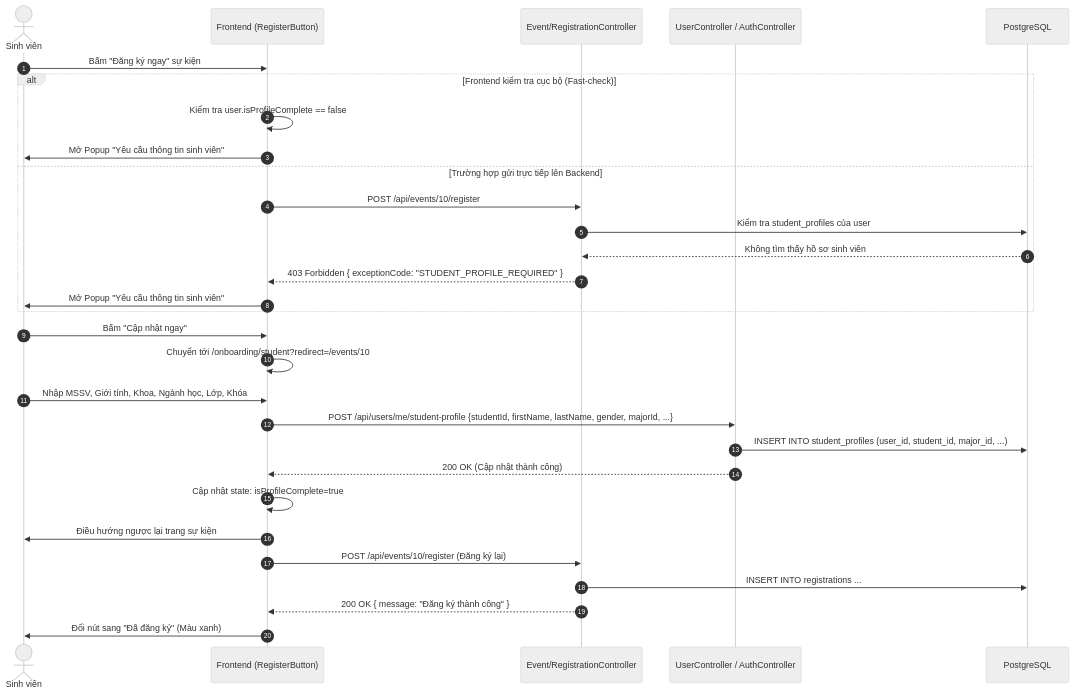
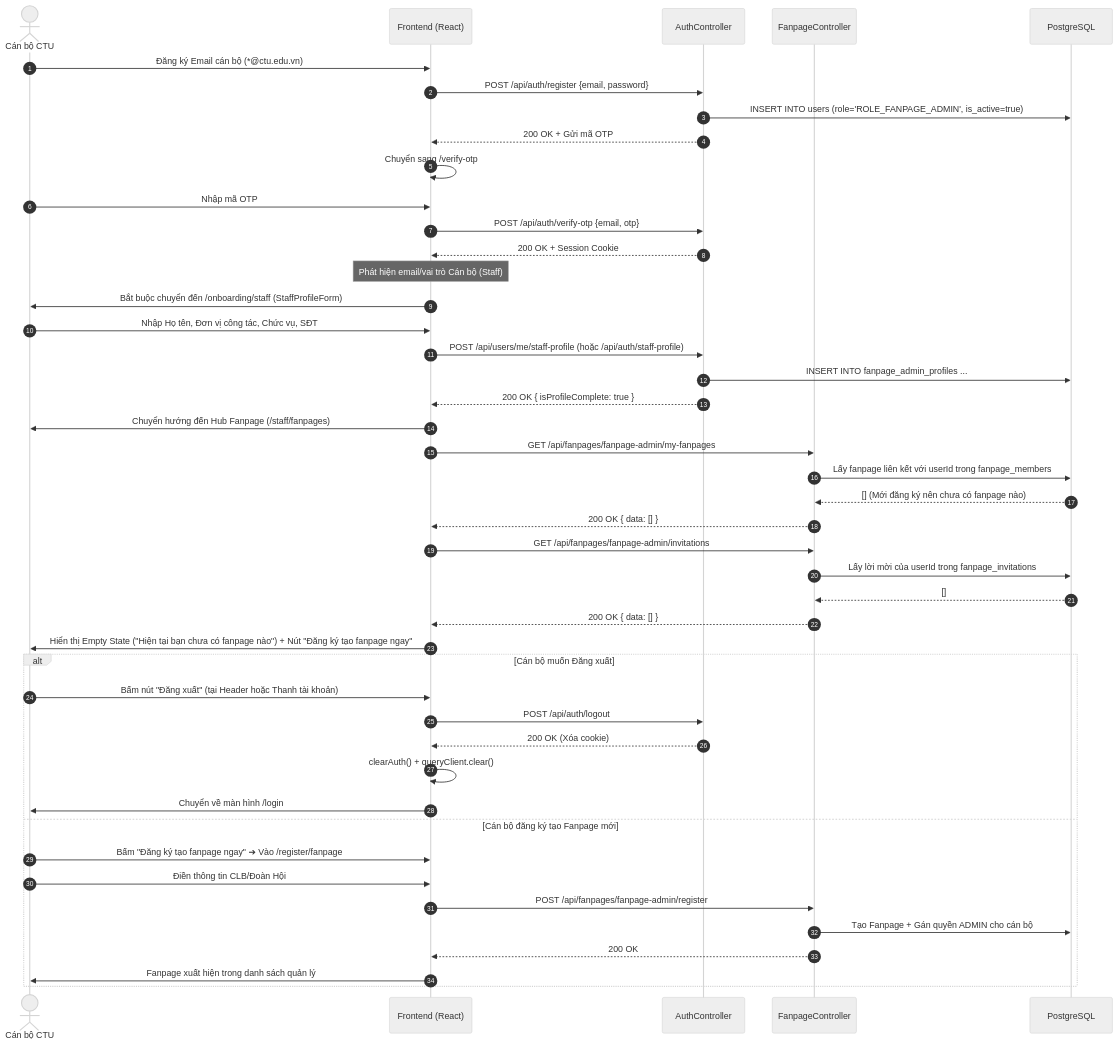
The third of 3 diagrams in docs/deferred_student_onboarding_flow.md (shrimpTVN/Event-Management-Frontend), drawn with Mermaid (neutral theme) before and after one commit. The commit also changed other lines of this file, not shown here.

Commit message:
docs: update registration and onboarding flow spec with staff fanpage hub and logout

````diff
--- a/docs/deferred_student_onboarding_flow.md
+++ b/docs/deferred_student_onboarding_flow.md
@@ -85,36 +115,55 @@
 ```mermaid
 sequenceDiagram
     autonumber
-    actor User as Sinh viên
-    participant FE as Frontend (RegisterButton)
-    participant Event as Event/RegistrationController
-    participant UserCtrl as UserController / AuthController
+    actor Staff as Cán bộ CTU
+    participant FE as Frontend (React)
+    participant AuthCtrl as AuthController
+    participant FanpageCtrl as FanpageController
     participant DB as PostgreSQL
 
-    User->>FE: Bấm "Đăng ký ngay" sự kiện #10
-    
-    alt Frontend kiểm tra cục bộ (Fast-check)
-        FE->>FE: Kiểm tra user.isProfileComplete == false
-        FE->>User: Mở Popup "Yêu cầu thông tin sinh viên"
-    else Trường hợp gửi trực tiếp lên Backend
-        FE->>Event: POST /api/events/10/register
-        Event->>DB: Kiểm tra student_profiles của user
-        DB-->>Event: Không tìm thấy hồ sơ sinh viên
-        Event-->>FE: 403 Forbidden { exceptionCode: "STUDENT_PROFILE_REQUIRED" }
-        FE->>User: Mở Popup "Yêu cầu thông tin sinh viên"
+    Staff->>FE: Đăng ký Email cán bộ (*@ctu.edu.vn)
+    FE->>AuthCtrl: POST /api/auth/register {email, password}
+    AuthCtrl->>DB: INSERT INTO users (role='ROLE_FANPAGE_ADMIN', is_active=true)
+    AuthCtrl-->>FE: 200 OK + Gửi mã OTP
+    FE->>FE: Chuyển sang /verify-otp
+
+    Staff->>FE: Nhập mã OTP
+    FE->>AuthCtrl: POST /api/auth/verify-otp {email, otp}
+    AuthCtrl-->>FE: 200 OK + Session Cookie
+    Note over FE: Phát hiện email/vai trò Cán bộ (Staff)
+    FE->>Staff: Bắt buộc chuyển đến /onboarding/staff (StaffProfileForm)
+
+    Staff->>FE: Nhập Họ tên, Đơn vị công tác, Chức vụ, SĐT
+    FE->>AuthCtrl: POST /api/users/me/staff-profile (hoặc /api/auth/staff-profile)
+    AuthCtrl->>DB: INSERT INTO fanpage_admin_profiles ...
+    AuthCtrl-->>FE: 200 OK { isProfileComplete: true }
+    FE->>Staff: Chuyển hướng đến Hub Fanpage (/staff/fanpages)
+
+    %% Tải Hub Fanpage
+    FE->>FanpageCtrl: GET /api/fanpages/fanpage-admin/my-fanpages
+    FanpageCtrl->>DB: Lấy fanpage liên kết với userId trong fanpage_members
+    DB-->>FanpageCtrl: [] (Mới đăng ký nên chưa có fanpage nào)
+    FanpageCtrl-->>FE: 200 OK { data: [] }
+
+    FE->>FanpageCtrl: GET /api/fanpages/fanpage-admin/invitations
+    FanpageCtrl->>DB: Lấy lời mời của userId trong fanpage_invitations
+    DB-->>FanpageCtrl: []
+    FanpageCtrl-->>FE: 200 OK { data: [] }
+
+    FE->>Staff: Hiển thị Empty State ("Hiện tại bạn chưa có fanpage nào") + Nút "Đăng ký tạo fanpage ngay"
+
+    alt Cán bộ muốn Đăng xuất
+        Staff->>FE: Bấm nút "Đăng xuất" (tại Header hoặc Thanh tài khoản)
+        FE->>AuthCtrl: POST /api/auth/logout
+        AuthCtrl-->>FE: 200 OK (Xóa cookie)
+        FE->>FE: clearAuth() + queryClient.clear()
+        FE->>Staff: Chuyển về màn hình /login
+    else Cán bộ đăng ký tạo Fanpage mới
+        Staff->>FE: Bấm "Đăng ký tạo fanpage ngay" ➔ Vào /register/fanpage
+        Staff->>FE: Điền thông tin CLB/Đoàn Hội
+        FE->>FanpageCtrl: POST /api/fanpages/fanpage-admin/register
+        FanpageCtrl->>DB: Tạo Fanpage + Gán quyền ADMIN cho cán bộ
+        FanpageCtrl-->>FE: 200 OK
+        FE->>Staff: Fanpage xuất hiện trong danh sách quản lý
     end
-
-    User->>FE: Bấm "Cập nhật ngay"
-    FE->>FE: Chuyển tới /onboarding/student?redirect=/events/10
-    User->>FE: Nhập MSSV, Giới tính, Khoa, Ngành học, Lớp, Khóa
-    FE->>UserCtrl: POST /api/users/me/student-profile {studentId, firstName, lastName, gender, majorId, ...}
-    UserCtrl->>DB: INSERT INTO student_profiles (user_id, student_id, major_id, ...)
-    UserCtrl-->>FE: 200 OK (Cập nhật thành công)
-    
-    FE->>FE: Cập nhật state: isProfileComplete=true
-    FE->>User: Điều hướng ngược lại trang sự kiện #10
-    FE->>Event: POST /api/events/10/register (Đăng ký lại)
-    Event->>DB: INSERT INTO registrations ...
-    Event-->>FE: 200 OK { message: "Đăng ký thành công" }
-    FE->>User: Đổi nút sang "Đã đăng ký" (Màu xanh)
 ```
````
